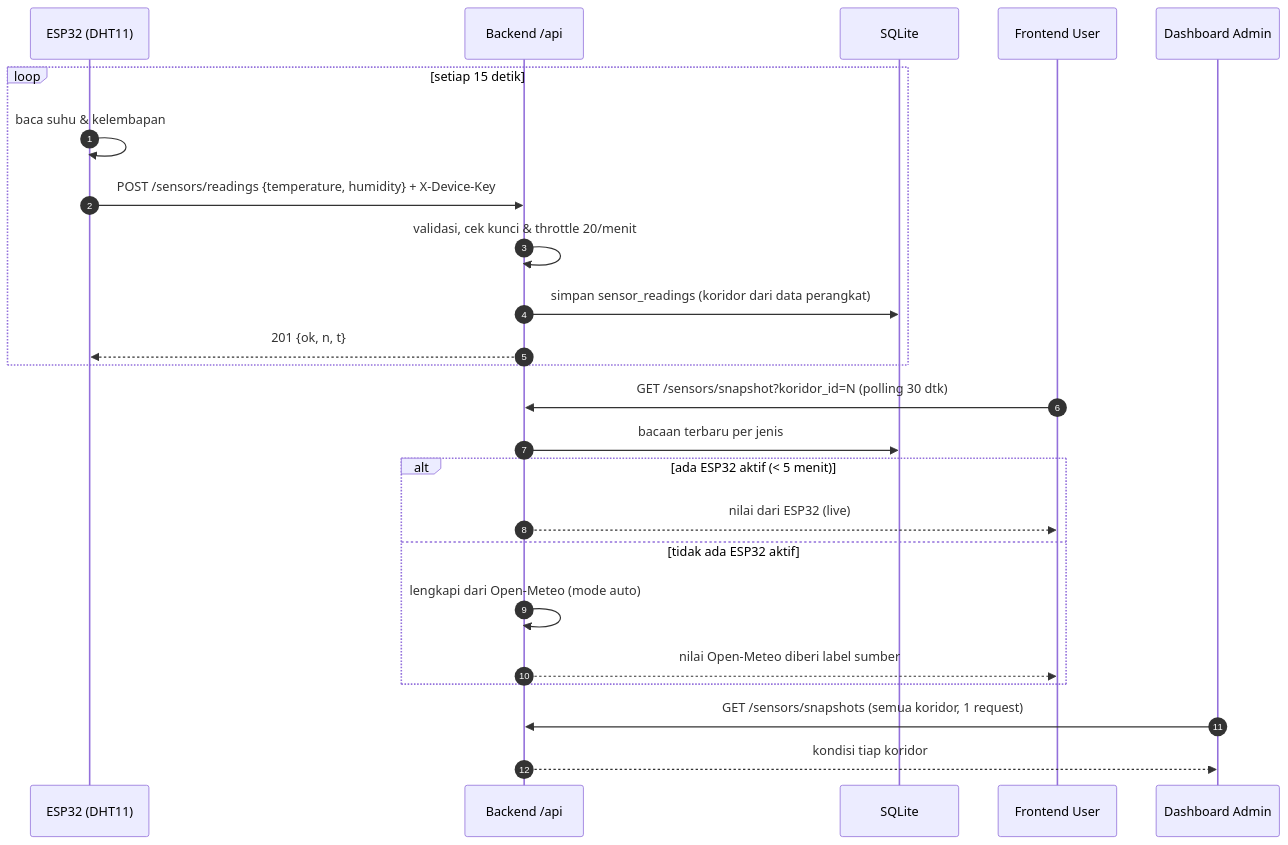
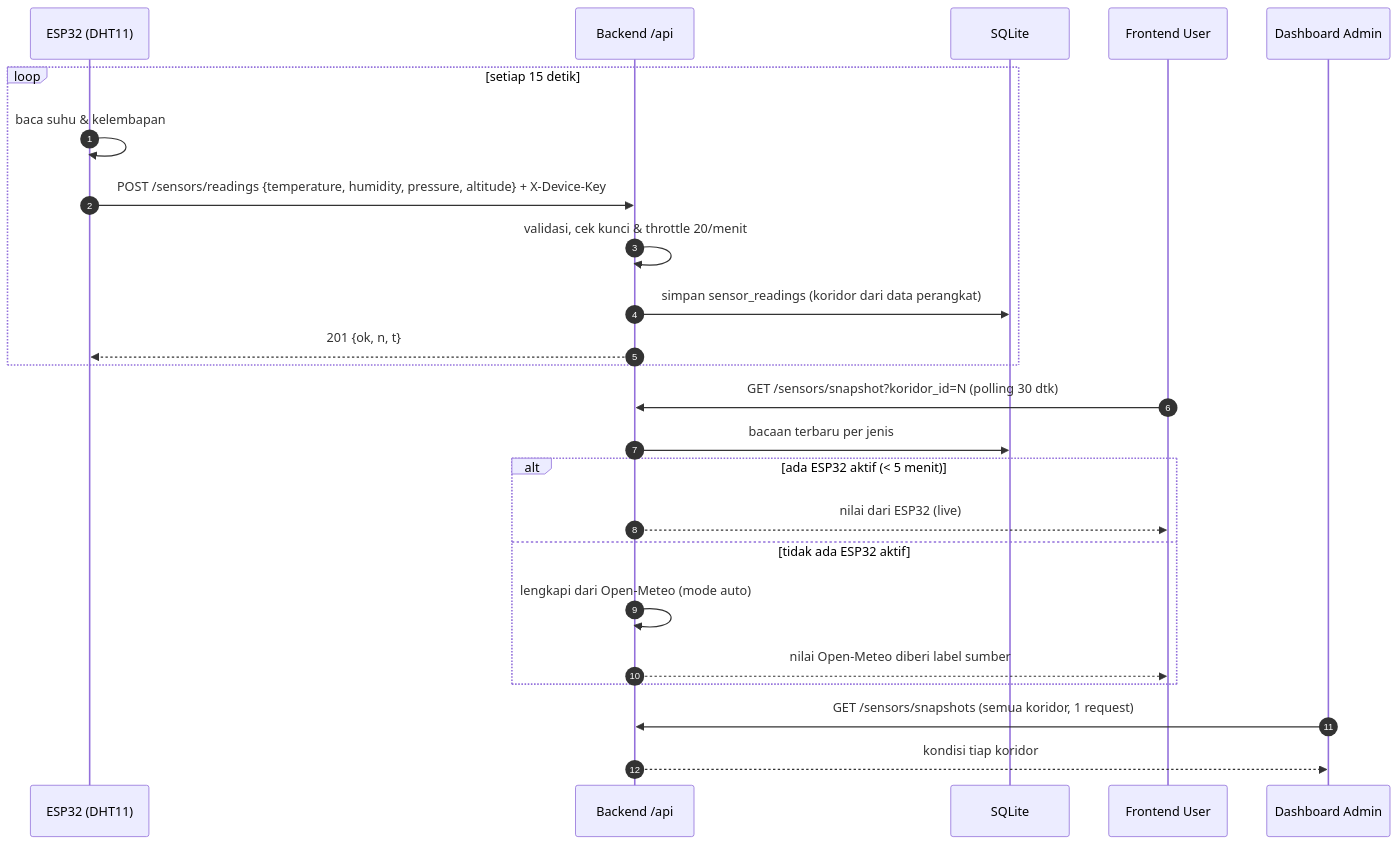
Before and after one commit to svarga-twin/svarga-backend: the second of 4 diagrams in README.md, drawn with Mermaid. The commit also changed other lines of this file and 3 other files, not shown here.

````diff
--- a/README.md
+++ b/README.md
@@ -114,27 +114,27 @@
 ```mermaid
 sequenceDiagram
     autonumber
     participant E as ESP32 (DHT11)
     participant B as Backend /api
     participant D as SQLite
     participant U as Frontend User
     participant A as Dashboard Admin
 
     loop setiap 15 detik
         E->>E: baca suhu & kelembapan
-        E->>B: POST /sensors/readings {temperature, humidity} + X-Device-Key
+        E->>B: POST /sensors/readings {temperature, humidity, pressure, altitude} + X-Device-Key
         B->>B: validasi, cek kunci & throttle 20/menit
         B->>D: simpan sensor_readings (koridor dari data perangkat)
         B-->>E: 201 {ok, n, t}
     end
     U->>B: GET /sensors/snapshot?koridor_id=N (polling 30 dtk)
     B->>D: bacaan terbaru per jenis
     alt ada ESP32 aktif (< 5 menit)
         B-->>U: nilai dari ESP32 (live)
     else tidak ada ESP32 aktif
         B->>B: lengkapi dari Open-Meteo (mode auto)
         B-->>U: nilai Open-Meteo diberi label sumber
     end
     A->>B: GET /sensors/snapshots (semua koridor, 1 request)
     B-->>A: kondisi tiap koridor
 ```
````
